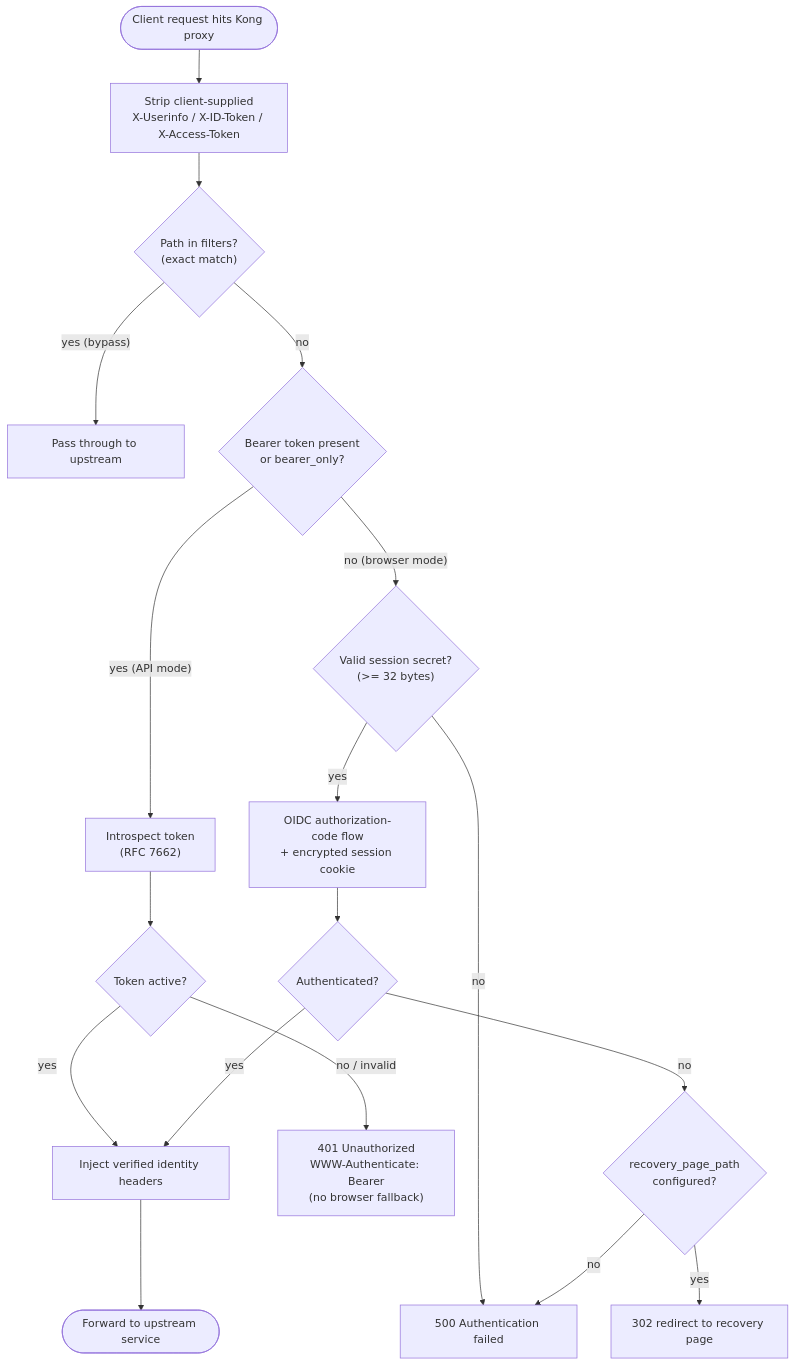
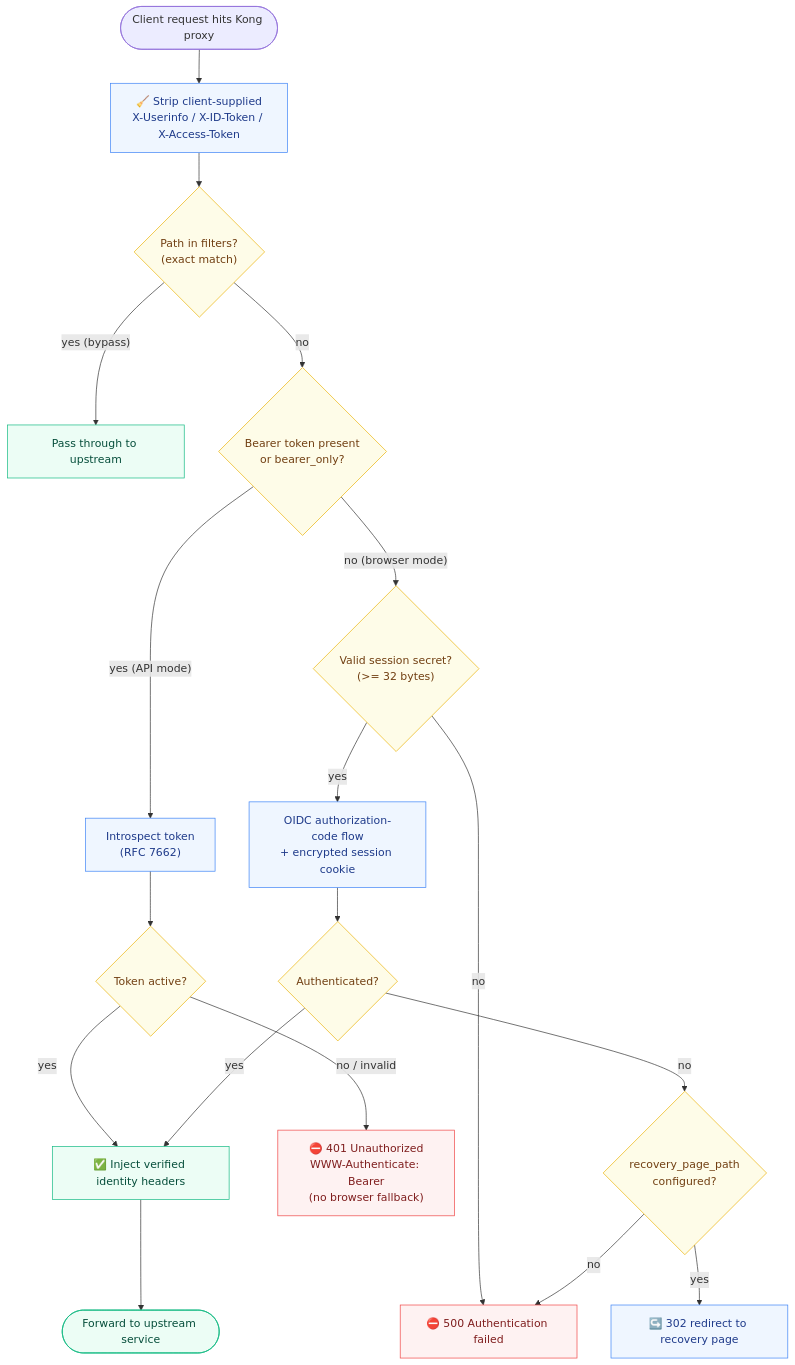
The second of 2 diagrams in README.md (davidgrldo/kong-oidc), drawn with Mermaid before and after one commit. The commit also changed other lines of this file, not shown here.

````diff
--- a/README.md
+++ b/README.md
@@ -17,20 +51,25 @@
 ```mermaid
 flowchart TD
-    Req([Client request hits Kong proxy]) --> Strip["Strip client-supplied<br/>X-Userinfo / X-ID-Token / X-Access-Token"]
-    Strip --> Filter{"Path in filters?<br/>(exact match)"}
-    Filter -- "yes (bypass)" --> Pass[Pass through to upstream]
-    Filter -- "no" --> Mode{"Bearer token present<br/>or bearer_only?"}
-    Mode -- "yes (API mode)" --> Intro["Introspect token<br/>(RFC 7662)"]
-    Intro --> Active{"Token active?"}
-    Active -- "yes" --> Inject["Inject verified identity headers"]
-    Active -- "no / invalid" --> Unauth["401 Unauthorized<br/>WWW-Authenticate: Bearer<br/>(no browser fallback)"]
-    Mode -- "no (browser mode)" --> Sess{"Valid session secret?<br/>(>= 32 bytes)"}
-    Sess -- "no" --> Err500["500 Authentication failed"]
-    Sess -- "yes" --> Auth["OIDC authorization-code flow<br/>+ encrypted session cookie"]
-    Auth --> AuthOk{"Authenticated?"}
+    Req([Client request hits Kong proxy]) --> Strip["🧹 Strip client-supplied<br/>X-Userinfo / X-ID-Token / X-Access-Token"]:::step
+    Strip --> Filter{"Path in filters?<br/>(exact match)"}:::decision
+    Filter -- "yes (bypass)" --> Pass[Pass through to upstream]:::ok
+    Filter -- "no" --> Mode{"Bearer token present<br/>or bearer_only?"}:::decision
+    Mode -- "yes (API mode)" --> Intro["Introspect token<br/>(RFC 7662)"]:::step
+    Intro --> Active{"Token active?"}:::decision
+    Active -- "yes" --> Inject["✅ Inject verified identity headers"]:::ok
+    Active -- "no / invalid" --> Unauth["⛔ 401 Unauthorized<br/>WWW-Authenticate: Bearer<br/>(no browser fallback)"]:::bad
+    Mode -- "no (browser mode)" --> Sess{"Valid session secret?<br/>(>= 32 bytes)"}:::decision
+    Sess -- "no" --> Err500["⛔ 500 Authentication failed"]:::bad
+    Sess -- "yes" --> Auth["OIDC authorization-code flow<br/>+ encrypted session cookie"]:::step
+    Auth --> AuthOk{"Authenticated?"}:::decision
     AuthOk -- "yes" --> Inject
-    AuthOk -- "no" --> Recover{"recovery_page_path<br/>configured?"}
-    Recover -- "yes" --> Redirect["302 redirect to recovery page"]
+    AuthOk -- "no" --> Recover{"recovery_page_path<br/>configured?"}:::decision
+    Recover -- "yes" --> Redirect["↪️ 302 redirect to recovery page"]:::step
     Recover -- "no" --> Err500
-    Inject --> Up([Forward to upstream service])
+    Inject --> Up([Forward to upstream service]):::ok
+
+    classDef step fill:#eff6ff,stroke:#3b82f6,color:#1e3a8a
+    classDef decision fill:#fefce8,stroke:#eab308,color:#713f12
+    classDef ok fill:#ecfdf5,stroke:#10b981,color:#064e3b
+    classDef bad fill:#fef2f2,stroke:#ef4444,color:#7f1d1d
 ```
````
